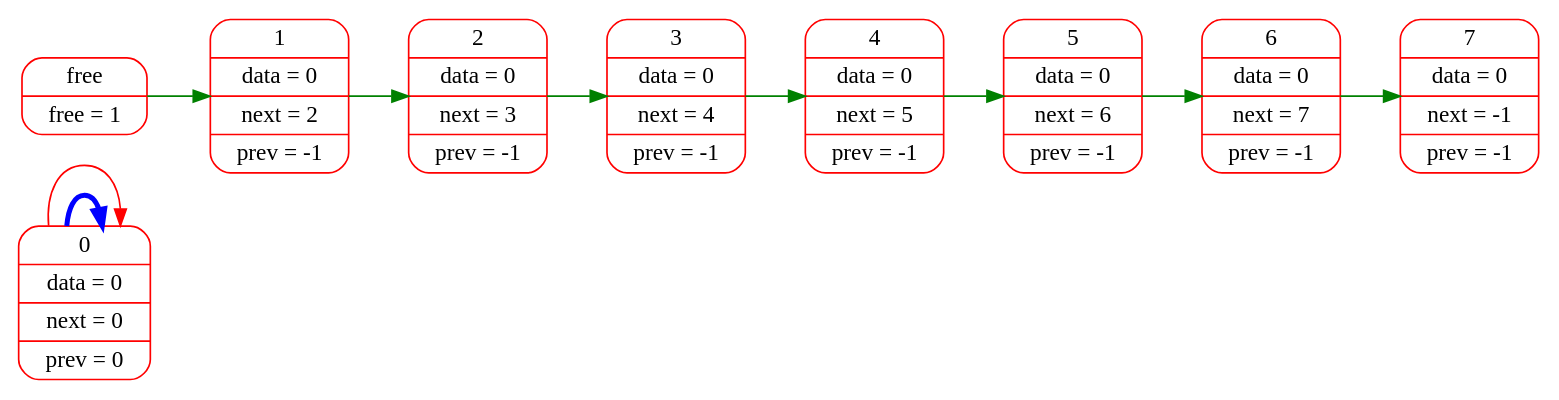
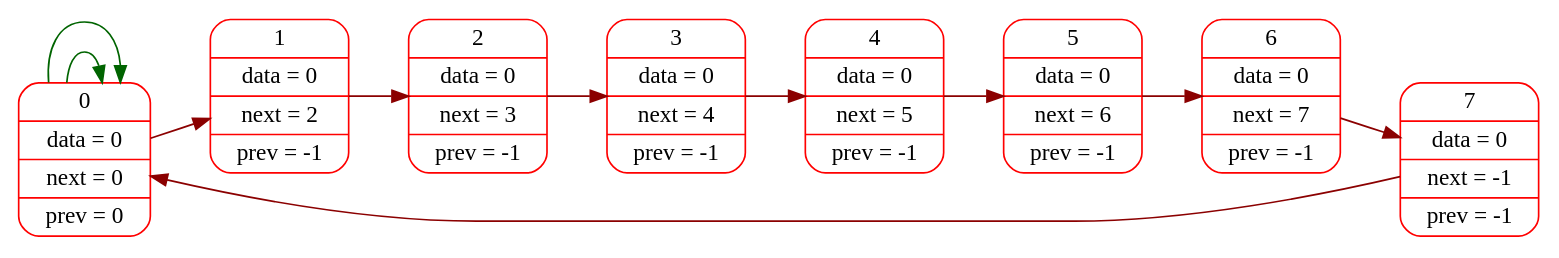
The diagram in logs/dot_files/000.dot (sevaphasol/list), drawn with Graphviz before and after one commit. The commit also changed 19 other files, not shown here.

Commit message:
fixed graphviz next and prev, variant with weights

```diff
--- a/logs/dot_files/000.dot
+++ b/logs/dot_files/000.dot
@@ -1,18 +1,18 @@
 digraph G{
 rankdir=LR;
 node[color="red",fontsize=14];
-edge[color="blue",fontsize=12, penwidth=3];
 elem0[shape="Mrecord", label="0 | data = 0 | next = 0 | prev = 0"];
-elem0->elem0;
-edge[color="red",fontsize=12, penwidth=1];
-elem0->elem0;edge[color="green",fontsize=12, penwidth=1];
-free[shape="Mrecord", label="free | free = 1"];
 elem1[shape="Mrecord", label="1 | data = 0 | next = 2 | prev = -1"];
 elem2[shape="Mrecord", label="2 | data = 0 | next = 3 | prev = -1"];
 elem3[shape="Mrecord", label="3 | data = 0 | next = 4 | prev = -1"];
 elem4[shape="Mrecord", label="4 | data = 0 | next = 5 | prev = -1"];
 elem5[shape="Mrecord", label="5 | data = 0 | next = 6 | prev = -1"];
 elem6[shape="Mrecord", label="6 | data = 0 | next = 7 | prev = -1"];
 elem7[shape="Mrecord", label="7 | data = 0 | next = -1 | prev = -1"];
-free->elem1->elem2->elem3->elem4->elem5->elem6->elem7;
+edge[color="darkred",fontsize=12, penwidth=1, weight=1000];
+elem0->elem1->elem2->elem3->elem4->elem5->elem6->elem7->elem0;
+edge[color="darkgreen",fontsize=12, penwidth=1];
+elem0->elem0;
+edge[color="darkgreen",fontsize=12, penwidth=1];
+elem0->elem0;
 }
```
